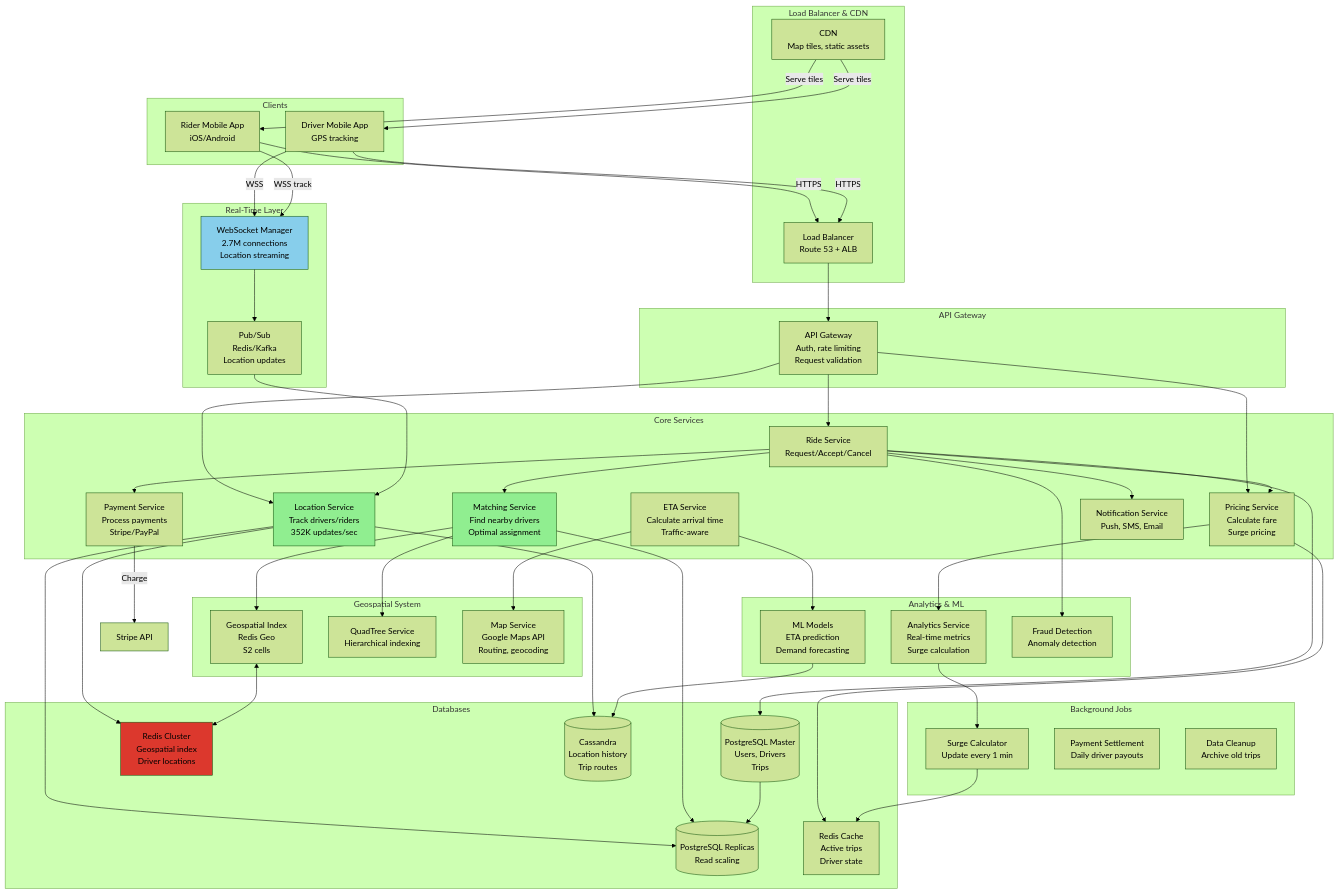
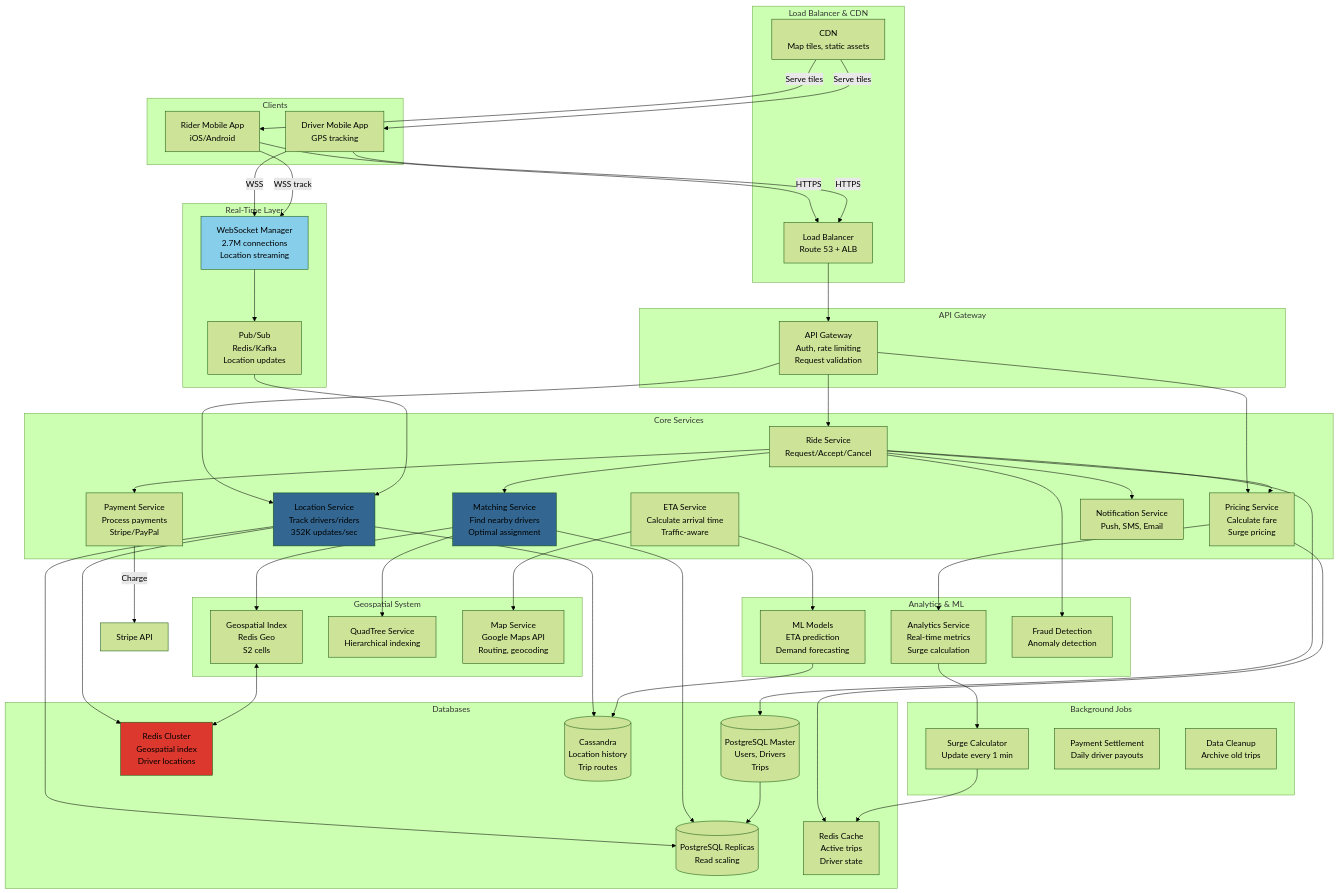
Before and after one commit to atulRanaa/problem-solving: the diagram in Distributed Systems/System Design/Ride-Hailing System (Uber) System Design.md, drawn with Mermaid (forest theme). The commit also changed 22 other files, not shown here.

````diff
--- a/Distributed Systems/System Design/Ride-Hailing System (Uber) System Design.md
+++ b/Distributed Systems/System Design/Ride-Hailing System (Uber) System Design.md
@@ -1066,8 +1066,8 @@
     
     CDN -->|Serve tiles| RIDER_APP & DRIVER_APP
     
-    style MATCHING_SVC fill:#90EE90
-    style LOCATION_SVC fill:#90EE90
+    style MATCHING_SVC fill:#336791
+    style LOCATION_SVC fill:#336791
     style REDIS_GEO fill:#dc382d
     style WS_MGR fill:#87CEEB
 ```
````
